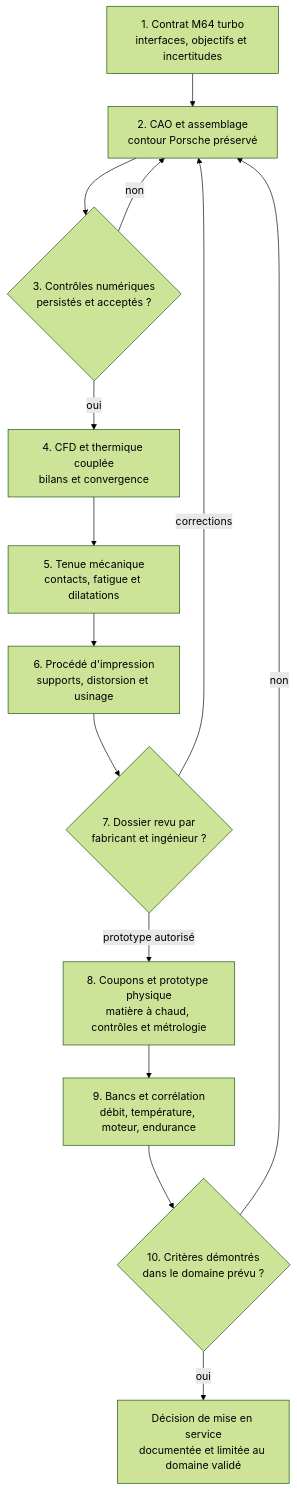
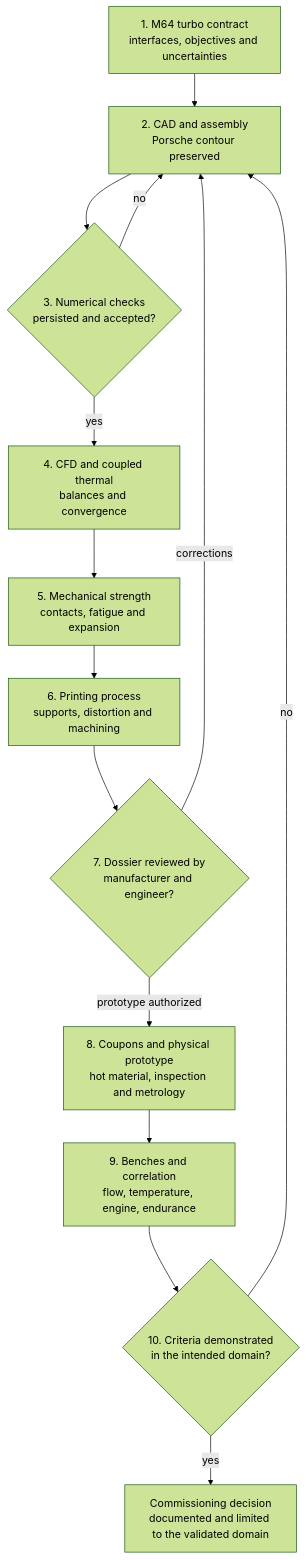
One commit to cluster2600/porscheparts changed the third of 3 diagrams in docs/reports/M64_MULTIPHYSICS_EXECUTION.md. Above: the diagram before and after it, drawn with Mermaid (forest theme). The commit also changed other lines of this file and 228 other files, not shown here.

````diff
--- a/docs/reports/M64_MULTIPHYSICS_EXECUTION.md
+++ b/docs/reports/M64_MULTIPHYSICS_EXECUTION.md
@@ -268,16 +278,16 @@
 ```mermaid
 graph TD
-    A["1. Contrat M64 turbo<br/>interfaces, objectifs et incertitudes"] --> B["2. CAO et assemblage<br/>contour Porsche préservé"]
-    B --> C{"3. Contrôles numériques<br/>persistés et acceptés ?"}
-    C -- "non" --> B
-    C -- "oui" --> D["4. CFD et thermique couplée<br/>bilans et convergence"]
-    D --> E["5. Tenue mécanique<br/>contacts, fatigue et dilatations"]
-    E --> F["6. Procédé d'impression<br/>supports, distorsion et usinage"]
-    F --> G{"7. Dossier revu par<br/>fabricant et ingénieur ?"}
+    A["1. M64 turbo contract<br/>interfaces, objectives and uncertainties"] --> B["2. CAD and assembly<br/>Porsche contour preserved"]
+    B --> C{"3. Numerical checks<br/>persisted and accepted?"}
+    C -- "no" --> B
+    C -- "yes" --> D["4. CFD and coupled thermal<br/>balances and convergence"]
+    D --> E["5. Mechanical strength<br/>contacts, fatigue and expansion"]
+    E --> F["6. Printing process<br/>supports, distortion and machining"]
+    F --> G{"7. Dossier reviewed by<br/>manufacturer and engineer?"}
     G -- "corrections" --> B
-    G -- "prototype autorisé" --> H["8. Coupons et prototype physique<br/>matière à chaud, contrôles et métrologie"]
-    H --> I["9. Bancs et corrélation<br/>débit, température, moteur, endurance"]
-    I --> J{"10. Critères démontrés<br/>dans le domaine prévu ?"}
-    J -- "non" --> B
-    J -- "oui" --> K["Décision de mise en service<br/>documentée et limitée au domaine validé"]
+    G -- "prototype authorized" --> H["8. Coupons and physical prototype<br/>hot material, inspection and metrology"]
+    H --> I["9. Benches and correlation<br/>flow, temperature, engine, endurance"]
+    I --> J{"10. Criteria demonstrated<br/>in the intended domain?"}
+    J -- "no" --> B
+    J -- "yes" --> K["Commissioning decision<br/>documented and limited to the validated domain"]
 ```
````
